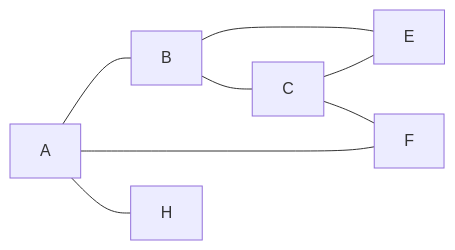
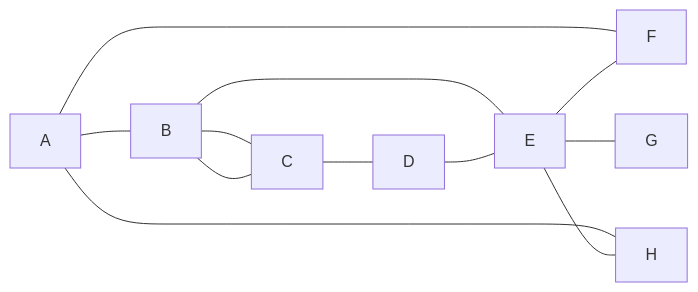
One commit to Tiggax/Zapiski changed the second of 2 diagrams in 2. Letnik/2. semester/Algoritmi v Bioinformatiki/1.p Nedeterminizem.md. Above: the diagram before and after it, drawn with Mermaid. The commit also changed other lines of this file, not shown here.

Commit message:
flyingarchie backup: 2022-02-27 21:58:12

````diff
--- a/2. Letnik/2. semester/Algoritmi v Bioinformatiki/1.p Nedeterminizem.md
+++ b/2. Letnik/2. semester/Algoritmi v Bioinformatiki/1.p Nedeterminizem.md
@@ -177,7 +177,9 @@
 ```mermaid
 graph LR
 
 A---B & F & H
 B---E & C
-C---E & F
+C---B & D
+D---E
+E---F & G & H
 ```
````
